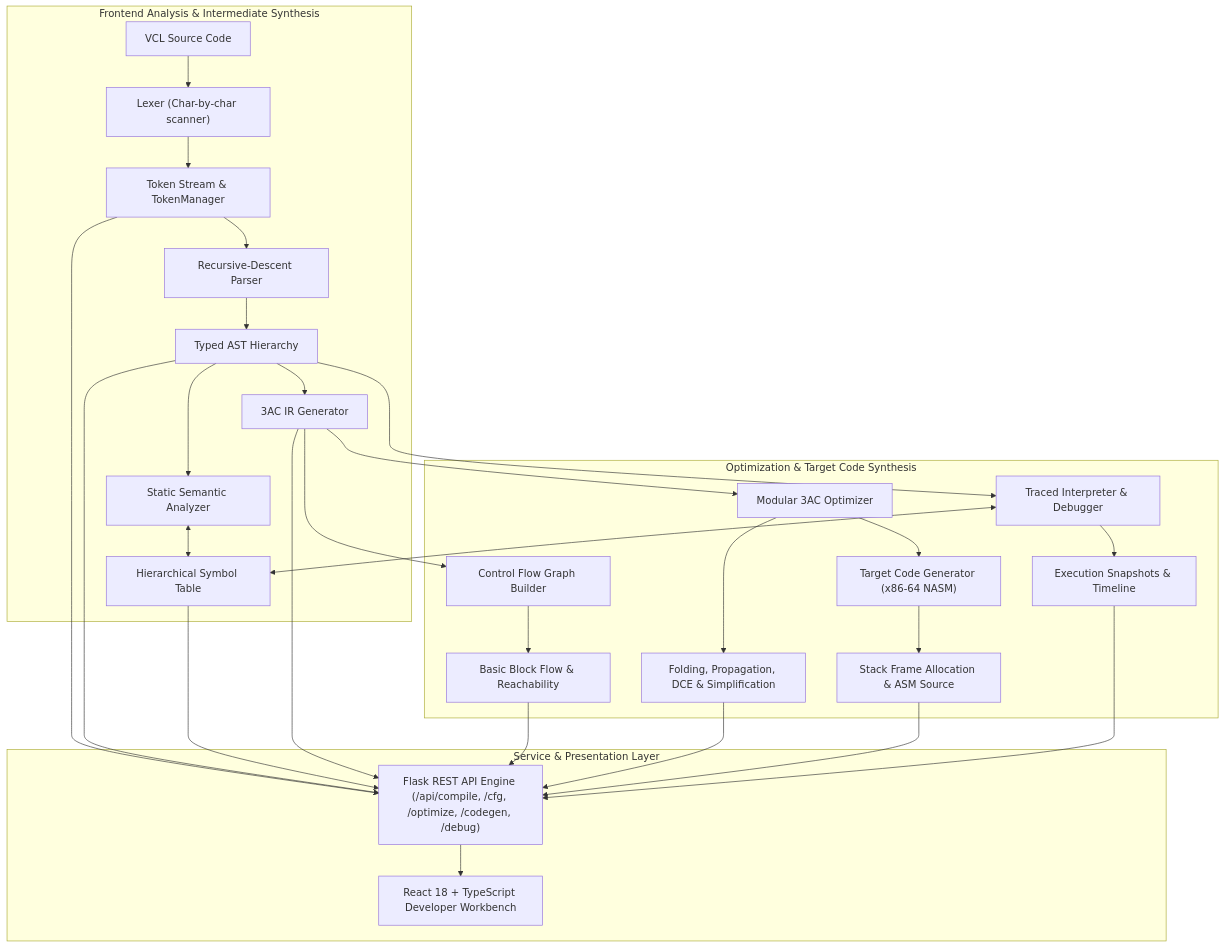
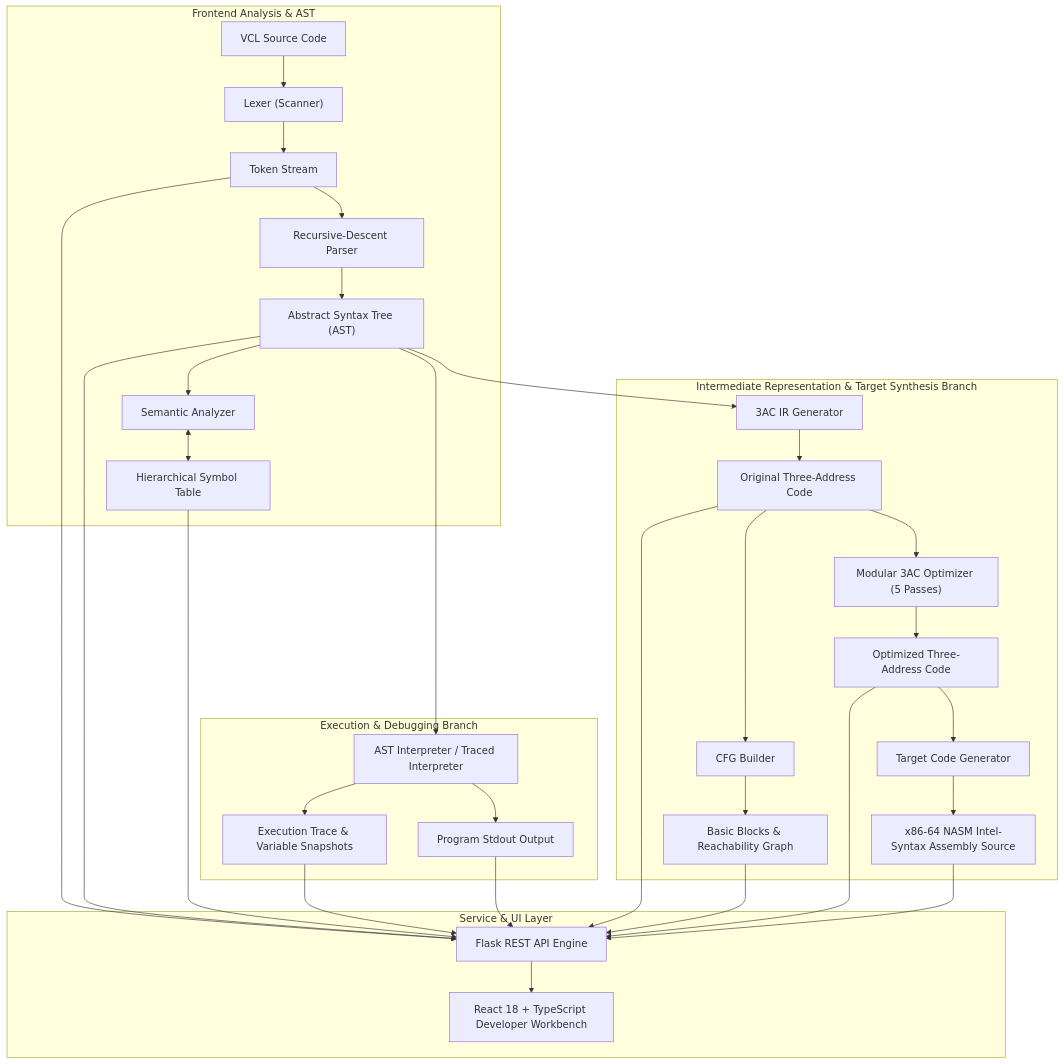
Before and after one commit to Pranay-Kumar-02/veyra-visual-compiler: the diagram in README.md, drawn with Mermaid. The commit also changed other lines of this file and 11 other files, not shown here.

````diff
--- a/README.md
+++ b/README.md
@@ -55,29 +110,36 @@
 ```mermaid
-graph TD
-    subgraph Frontend Analysis & Intermediate Synthesis
-        A["VCL Source Code"] --> B["Lexer (Char-by-char scanner)"]
-        B --> C["Token Stream & TokenManager"]
-        C --> D["Recursive-Descent Parser"]
-        D --> E["Typed AST Hierarchy"]
-        E --> F["Static Semantic Analyzer"]
-        F <--> G["Hierarchical Symbol Table"]
-        E --> H["3AC IR Generator"]
+flowchart TD
+    subgraph Frontend["Frontend Analysis & AST"]
+        SRC["VCL Source Code"] --> LEX["Lexer (Scanner)"]
+        LEX --> TOK["Token Stream"]
+        TOK --> PAR["Recursive-Descent Parser"]
+        PAR --> AST["Abstract Syntax Tree (AST)"]
+        AST --> SEM["Semantic Analyzer"]
+        SEM <--> SYM["Hierarchical Symbol Table"]
     end
 
-    subgraph Optimization & Target Code Synthesis
-        H --> I["Control Flow Graph Builder"]
-        I --> J["Basic Block Flow & Reachability"]
-        H --> K["Modular 3AC Optimizer"]
-        K --> L["Folding, Propagation, DCE & Simplification"]
-        K --> M["Target Code Generator (x86-64 NASM)"]
-        M --> N["Stack Frame Allocation & ASM Source"]
-        E --> O["Traced Interpreter & Debugger"]
-        O <--> G
-        O --> P["Execution Snapshots & Timeline"]
+    subgraph RuntimeTrace["Execution & Debugging Branch"]
+        AST --> INTERP["AST Interpreter / Traced Interpreter"]
+        INTERP --> TRACE["Execution Trace & Variable Snapshots"]
+        INTERP --> OUT["Program Stdout Output"]
     end
 
-    subgraph Service & Presentation Layer
-        C & E & G & H & J & L & N & P --> Q["Flask REST API Engine (/api/compile, /cfg, /optimize, /codegen, /debug)"]
-        Q --> R["React 18 + TypeScript Developer Workbench"]
+    subgraph IRTarget["Intermediate Representation & Target Synthesis Branch"]
+        AST --> IRGEN["3AC IR Generator"]
+        IRGEN --> IR["Original Three-Address Code"]
+        
+        IR --> CFGBUILD["CFG Builder"]
+        CFGBUILD --> CFG["Basic Blocks & Reachability Graph"]
+        
+        IR --> OPT["Modular 3AC Optimizer (5 Passes)"]
+        OPT --> OPTIR["Optimized Three-Address Code"]
+        
+        OPTIR --> ASMGEN["Target Code Generator"]
+        ASMGEN --> ASM["x86-64 NASM Intel-Syntax Assembly Source"]
+    end
+
+    subgraph Presentation["Service & UI Layer"]
+        TOK & AST & SYM & TRACE & OUT & IR & CFG & OPTIR & ASM --> API["Flask REST API Engine"]
+        API --> UI["React 18 + TypeScript Developer Workbench"]
     end
 ```
````
